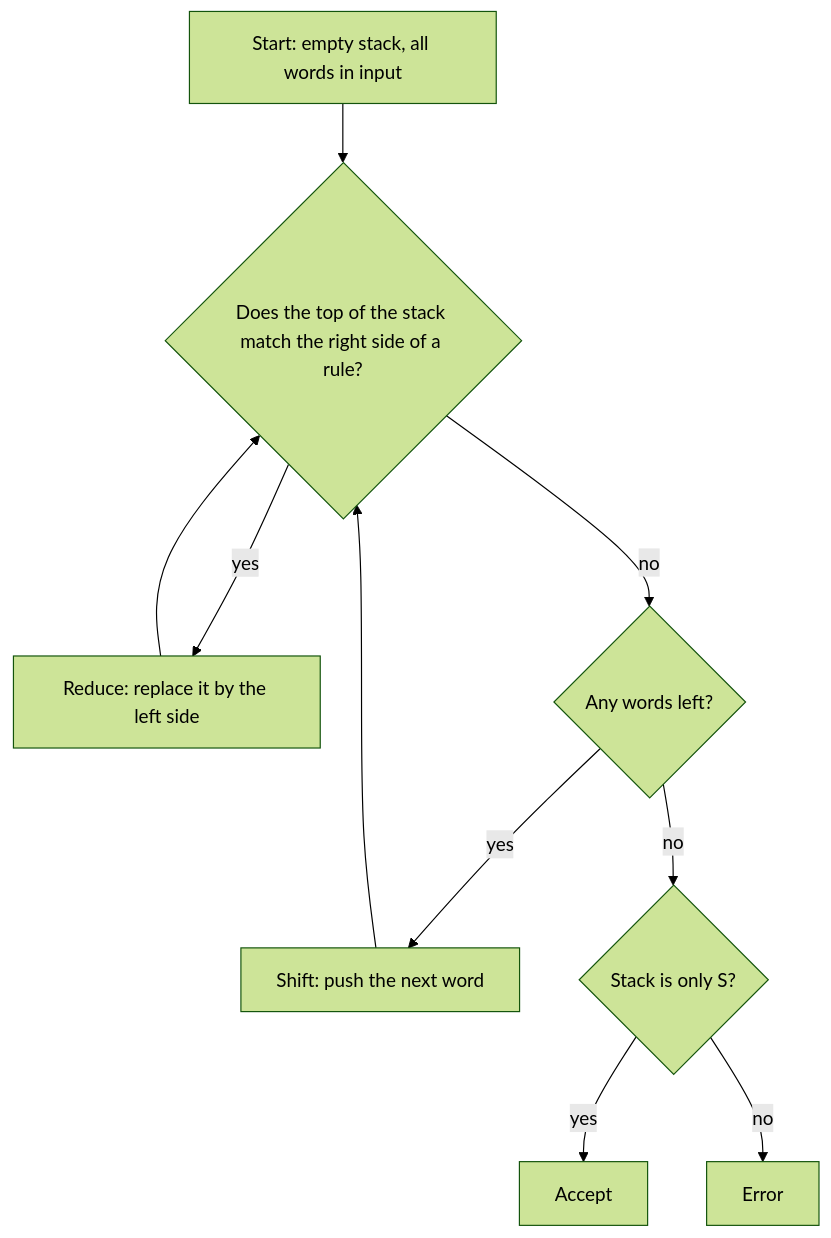
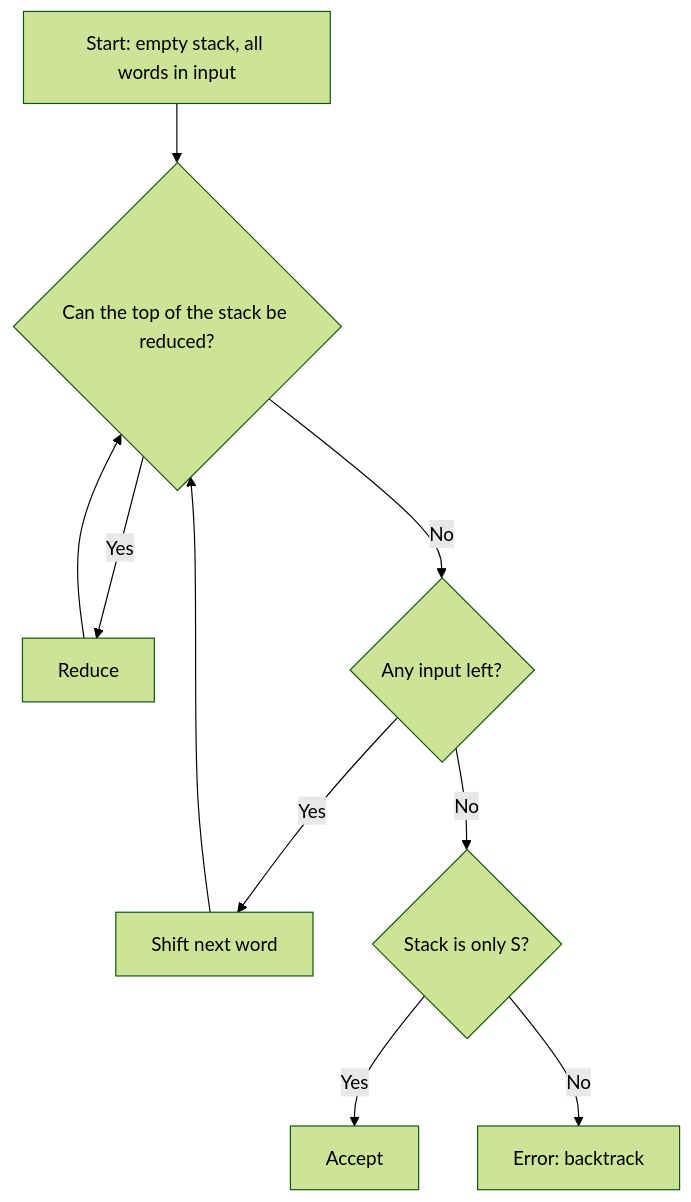
Before and after one commit to TrendySloth1001/sem-seven-notes: the second of 5 diagrams in content/natural-language-processing/notes/cfg-parsing.mdx, drawn with Mermaid (forest theme). The commit also changed other lines of this file and 406 other files, not shown here.

Commit message:
Rewrite all NLP notes and answers from the teachers' class files and add both class assignments with solutions. They cite only the class notes, solved PYQs, assignment solution and Module 6 slides, use 67 class figures, and drop the web references and Wikimedia images.

````diff
--- a/content/natural-language-processing/notes/cfg-parsing.mdx
+++ b/content/natural-language-processing/notes/cfg-parsing.mdx
@@ -269,13 +92,13 @@
 ```mermaid
-%% caption: The shift-reduce loop. Reduce whenever the top of the stack matches a rule, otherwise shift the next word. Stop with accept when only S is left and the input is empty.
+%% caption: The shift-reduce loop.
 flowchart TD
-  A["Start: empty stack, all words in input"] --> B{"Does the top of the stack match the right side of a rule?"}
-  B -- "yes" --> C["Reduce: replace it by the left side"]
-  B -- "no" --> D{"Any words left?"}
-  D -- "yes" --> E["Shift: push the next word"]
-  D -- "no" --> F{"Stack is only S?"}
-  F -- "yes" --> G["Accept"]
-  F -- "no" --> H["Error"]
+  A["Start: empty stack, all words in input"] --> B{"Can the top of the stack be reduced?"}
+  B -->|"Yes"| C["Reduce"]
+  B -->|"No"| D{"Any input left?"}
+  D -->|"Yes"| E["Shift next word"]
+  D -->|"No"| F{"Stack is only S?"}
+  F -->|"Yes"| G["Accept"]
+  F -->|"No"| H["Error: backtrack"]
   C --> B
   E --> B
 ```
````
